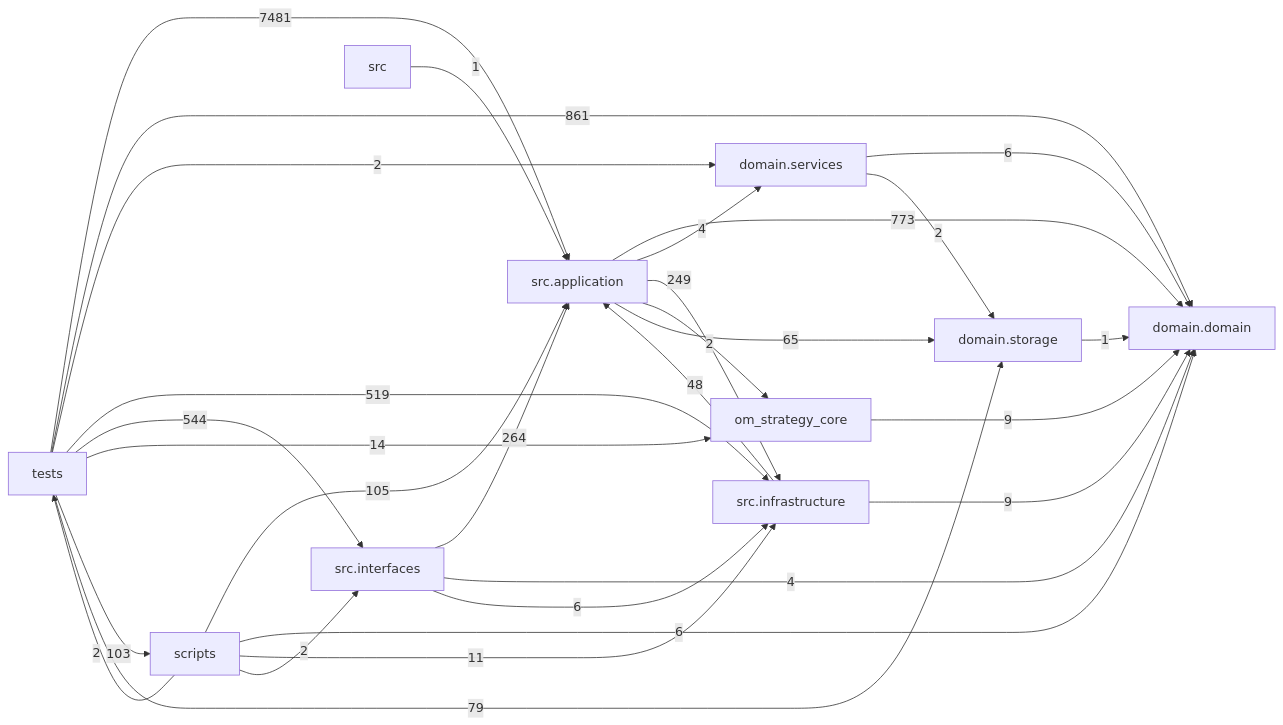
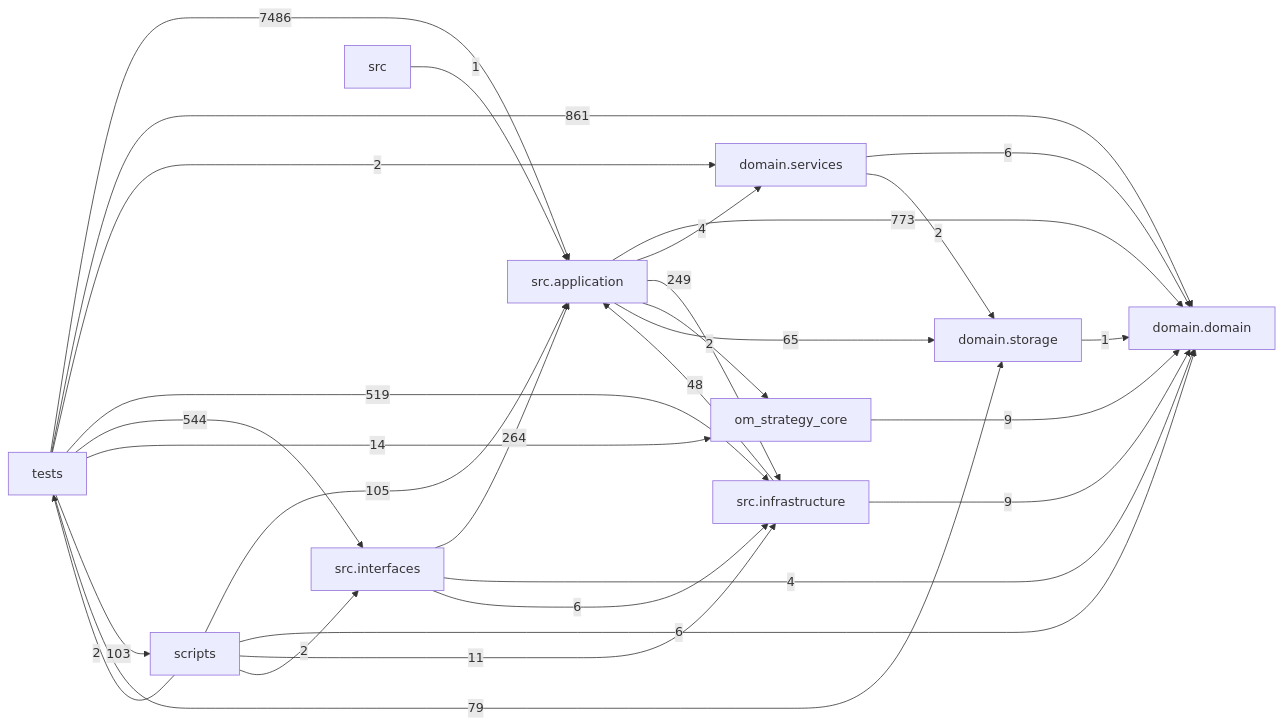
The diagram in docs/DEPENDENCY_GRAPH.md (liuxie066/options-monitor), drawn with Mermaid before and after one commit. The commit also changed other lines of this file and 9 other files, not shown here.

````diff
--- a/docs/DEPENDENCY_GRAPH.md
+++ b/docs/DEPENDENCY_GRAPH.md
@@ -24,39 +24,39 @@
 ```mermaid
 flowchart LR
   tests["tests"]
   scripts["scripts"]
   interfaces["src.interfaces"]
   application["src.application"]
   infrastructure["src.infrastructure"]
   domain_services["domain.services"]
   domain["domain.domain"]
   storage["domain.storage"]
   application -->|773| domain
   application -->|4| domain_services
   application -->|249| infrastructure
   application -->|2| om_strategy_core
   application -->|65| storage
   domain_services -->|6| domain
   domain_services -->|2| storage
   infrastructure -->|48| application
   infrastructure -->|9| domain
   interfaces -->|264| application
   interfaces -->|4| domain
   interfaces -->|6| infrastructure
   om_strategy_core -->|9| domain
   scripts -->|105| application
   scripts -->|6| domain
   scripts -->|11| infrastructure
   scripts -->|2| interfaces
   scripts -->|2| tests
   src -->|1| application
   storage -->|1| domain
-  tests -->|7481| application
+  tests -->|7486| application
   tests -->|861| domain
   tests -->|2| domain_services
   tests -->|519| infrastructure
   tests -->|544| interfaces
   tests -->|14| om_strategy_core
   tests -->|103| scripts
   tests -->|79| storage
 ```
````
